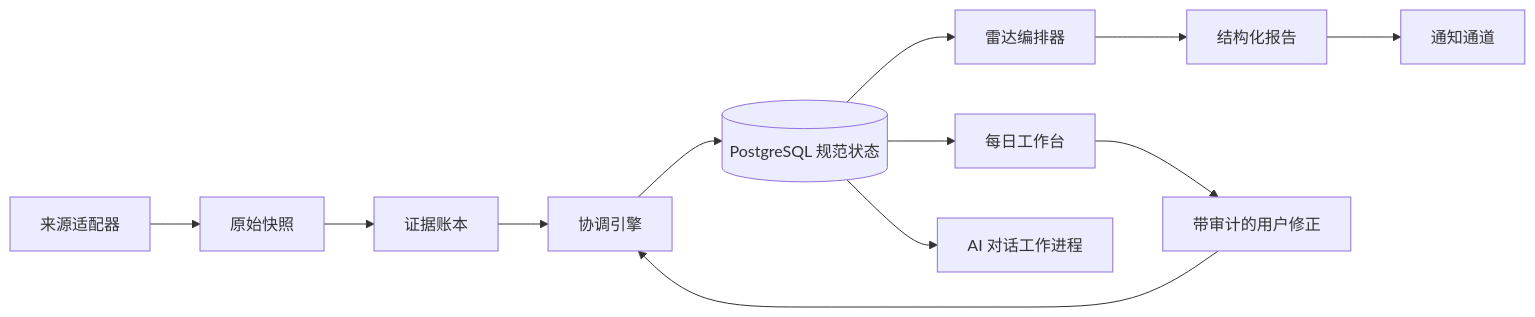
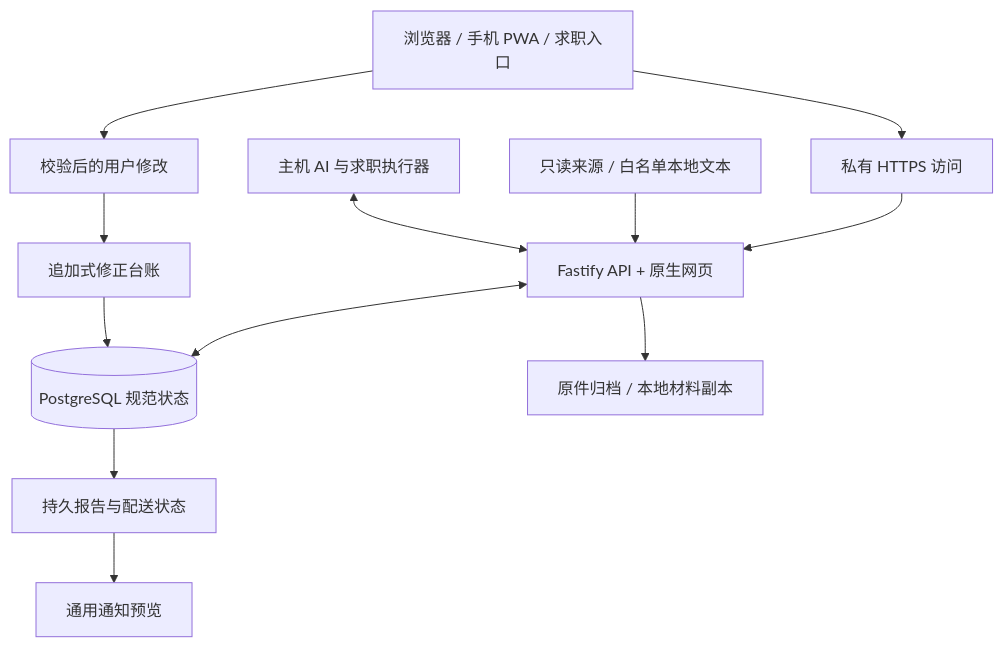
One commit to Zeeekrom/lifeops-atlas-showcase changed the second of 2 diagrams in README.zh-CN.md. Above: the diagram before and after it, drawn with Mermaid. The commit also changed other lines of this file and 10 other files, not shown here.

````diff
--- a/README.zh-CN.md
+++ b/README.zh-CN.md
@@ -188,14 +101,14 @@
 ```mermaid
-flowchart LR
-    A[来源适配器] --> B[原始快照]
-    B --> C[证据账本]
-    C --> D[协调引擎]
-    D --> E[(PostgreSQL 规范状态)]
-    E --> F[每日工作台]
-    E --> G[雷达编排器]
-    E --> H[AI 对话工作进程]
-    G --> I[结构化报告]
-    I --> J[通知通道]
-    F --> K[带审计的用户修正]
-    K --> D
+flowchart TD
+    UI[浏览器 / 手机 PWA / 求职入口] --> Access[私有 HTTPS 访问]
+    Access --> API[Fastify API + 原生网页]
+    API <--> DB[(PostgreSQL 规范状态)]
+    Sources[只读来源 / 白名单本地文本] --> API
+    UI --> Changes[校验后的用户修改]
+    Changes --> Ledger[追加式修正台账]
+    Ledger --> DB
+    Workers[主机 AI 与求职执行器] <--> API
+    API --> Files[原件归档 / 本地材料副本]
+    DB --> Reports[持久报告与配送状态]
+    Reports --> Push[通用通知预览]
 ```
````
